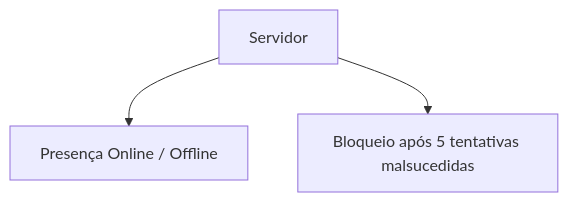
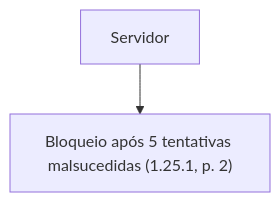
Before and after one commit to RafaCartaxo/brainwork: the third of 12 diagrams in QA Workspace/02 Demandas/DEV/SGV-11262 - [QA-Automação] Termo de Referência SOGOV/SGV-12082 - Mapeamento de atores e modelo do preset do TR/01 Modelo do preset/00 - Mapa geral.md, drawn with Mermaid. The commit also changed other lines of this file, not shown here.

````diff
--- a/QA Workspace/02 Demandas/DEV/SGV-11262 - [QA-Automação] Termo de Referência SOGOV/SGV-12082 - Mapeamento de atores e modelo do preset do TR/01 Modelo do preset/00 - Mapa geral.md
+++ b/QA Workspace/02 Demandas/DEV/SGV-11262 - [QA-Automação] Termo de Referência SOGOV/SGV-12082 - Mapeamento de atores e modelo do preset do TR/01 Modelo do preset/00 - Mapa geral.md
@@ -73,5 +54,4 @@
 ```mermaid
 flowchart TB
-    Servidor["Servidor"] --> Presenca["Presença Online / Offline"]
-    Servidor --> Bloqueio["Bloqueio após 5 tentativas malsucedidas"]
+    Servidor["Servidor"] --> Bloqueio["Bloqueio após 5 tentativas malsucedidas (1.25.1, p. 2)"]
 ```
````
